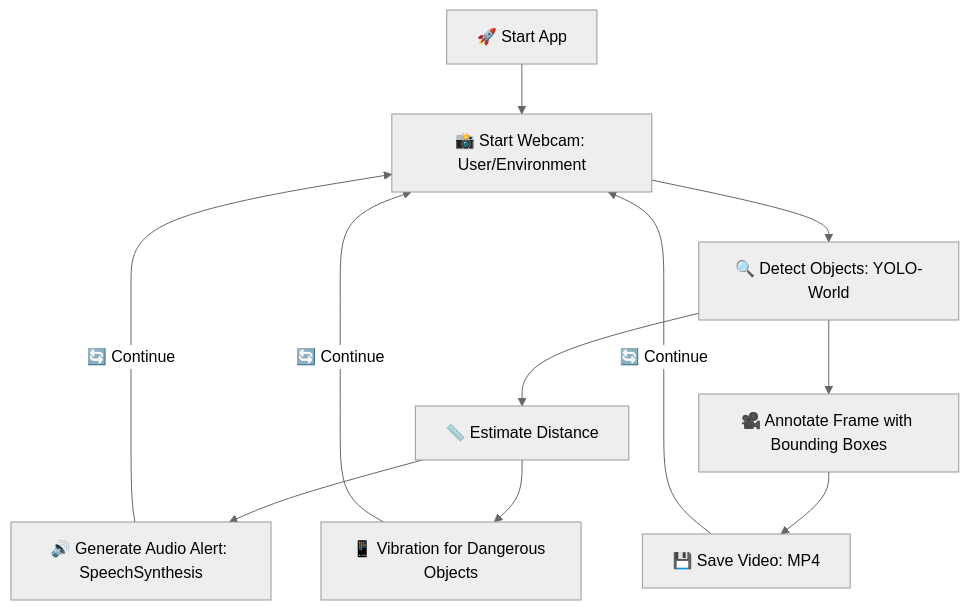
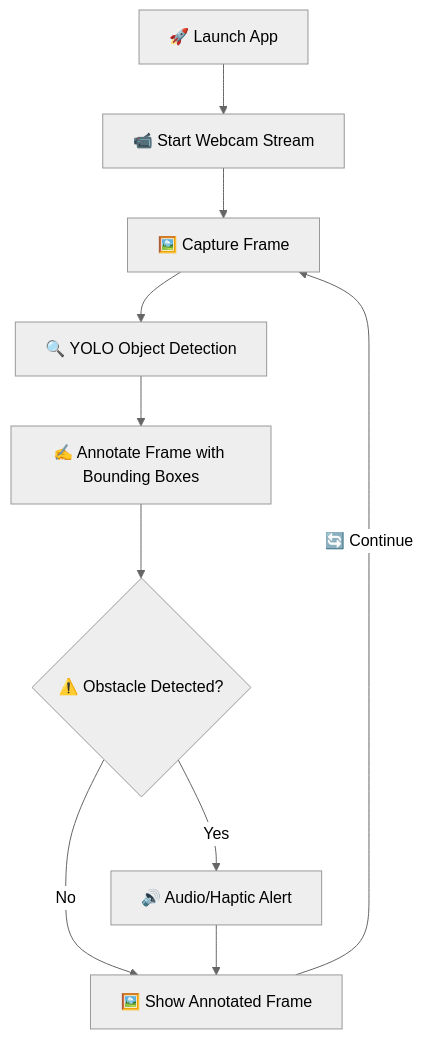
The third of 4 diagrams in README.md (Parham-Dehghan/ai-eyes-for-the-blind), drawn with Mermaid (neutral theme) before and after one commit. The commit also changed other lines of this file, not shown here.

````diff
--- a/README.md
+++ b/README.md
@@ -144,11 +145,12 @@
 ```mermaid
-graph TD
-    A[🚀 Start App] --> B[📸 Start Webcam: User/Environment]
-    B --> C[🔍 Detect Objects: YOLO-World]
-    C --> D[📏 Estimate Distance]
-    C --> E[🎥 Annotate Frame with Bounding Boxes]
-    D --> F[🔊 Generate Audio Alert: SpeechSynthesis]
-    D --> G[📱 Vibration for Dangerous Objects]
-    E --> H[💾 Save Video: MP4]
-    F & G & H -->|🔄 Continue| B
+flowchart TD
+    Start[🚀 Launch App] --> Stream[📹 Start Webcam Stream]
+    Stream --> Capture[🖼️ Capture Frame]
+    Capture --> Detect[🔍 YOLO Object Detection]
+    Detect --> Annotate[✍️ Annotate Frame with Bounding Boxes]
+    Annotate --> Alert{⚠️ Obstacle Detected?}
+    Alert -->|Yes| Notify[🔊 Audio/Haptic Alert]
+    Alert -->|No| Display[🖼️ Show Annotated Frame]
+    Notify --> Display
+    Display -->|🔄 Continue| Capture
 ```
````
